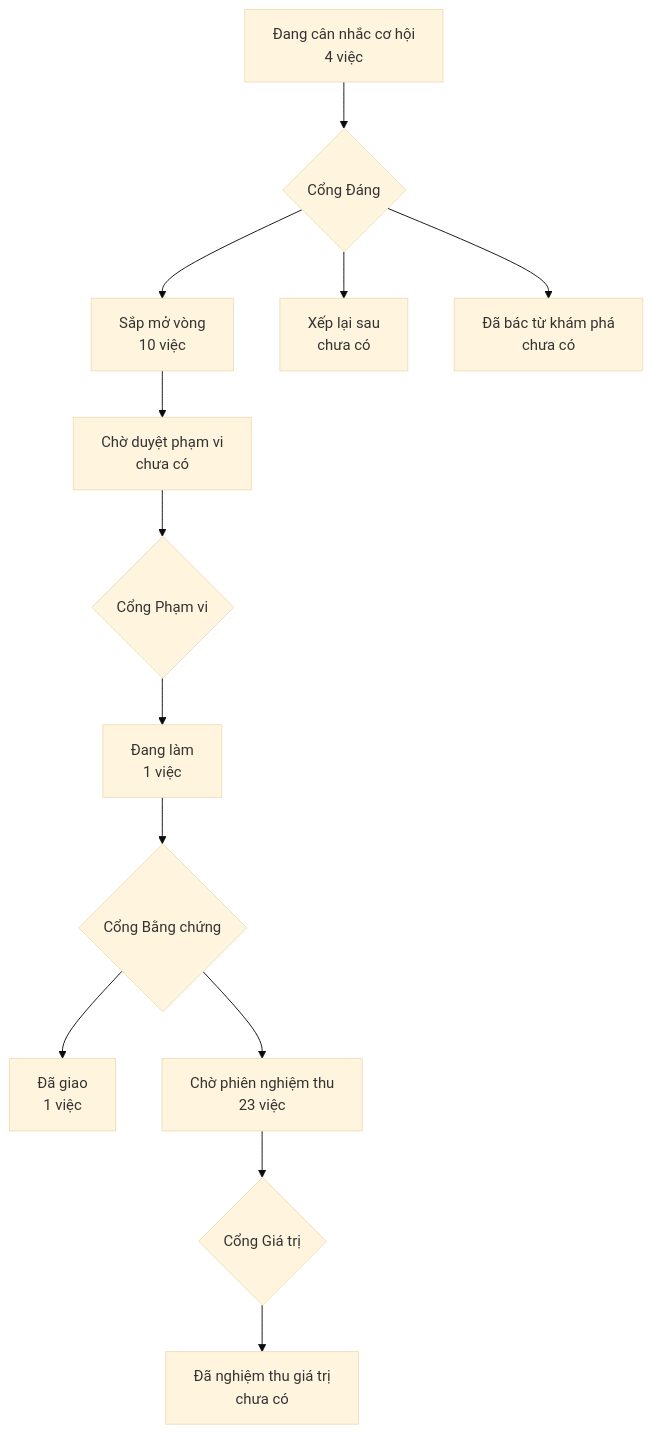
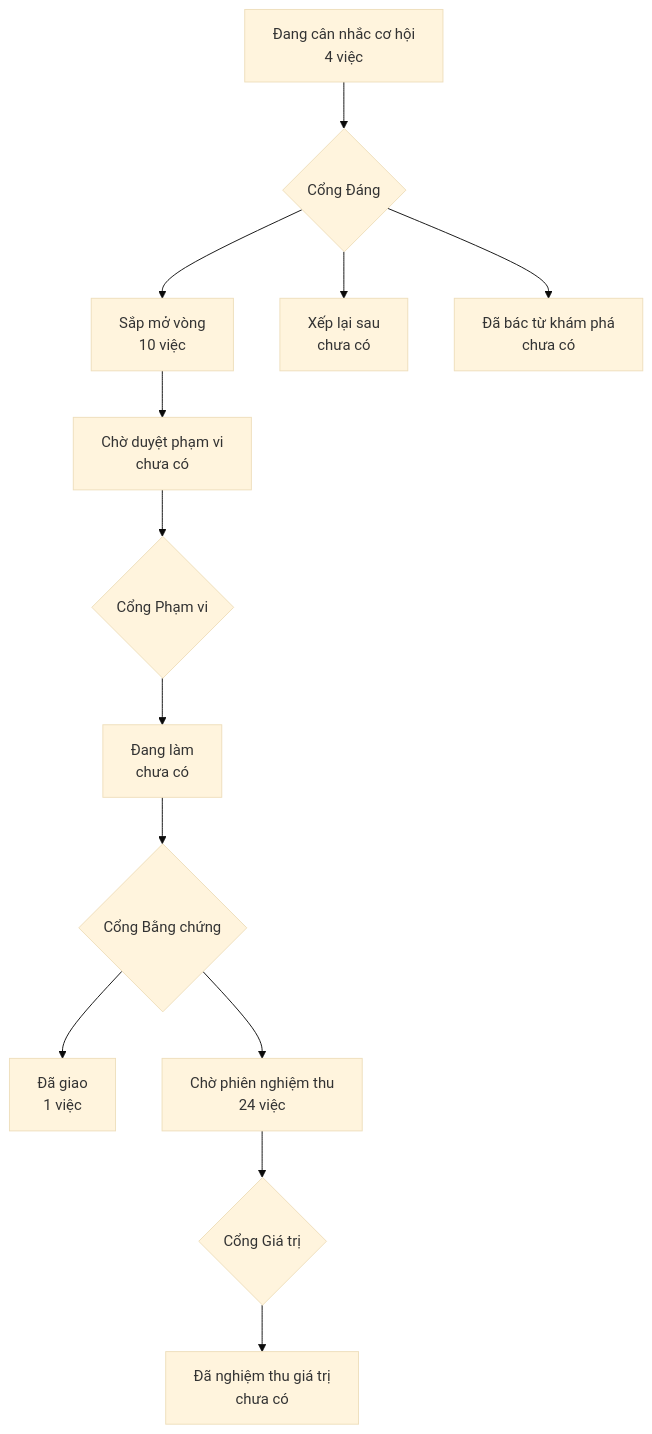
One commit to phanlemanh/onehub-inventory changed the diagram in PRODUCT-MAP.md. Above: the diagram before and after it, drawn with Mermaid (base theme). The commit also changed other lines of this file and 4 other files, not shown here.

````diff
--- a/PRODUCT-MAP.md
+++ b/PRODUCT-MAP.md
@@ -7,12 +7,12 @@
 ```mermaid
 flowchart TD
   A["Đang cân nhắc cơ hội<br/>4 việc"] --> GD{"Cổng Đáng"}
   GD --> B["Sắp mở vòng<br/>10 việc"]
   GD --> XL["Xếp lại sau<br/>chưa có"]
   GD --> DB["Đã bác từ khám phá<br/>chưa có"]
   B --> CD["Chờ duyệt phạm vi<br/>chưa có"] --> GP{"Cổng Phạm vi"}
-  GP --> DL["Đang làm<br/>1 việc"] --> GB{"Cổng Bằng chứng"}
+  GP --> DL["Đang làm<br/>chưa có"] --> GB{"Cổng Bằng chứng"}
   GB --> DG["Đã giao<br/>1 việc"]
-  GB --> CN["Chờ phiên nghiệm thu<br/>23 việc"] --> GG{"Cổng Giá trị"}
+  GB --> CN["Chờ phiên nghiệm thu<br/>24 việc"] --> GG{"Cổng Giá trị"}
   GG --> NT["Đã nghiệm thu giá trị<br/>chưa có"]
 ```
````
